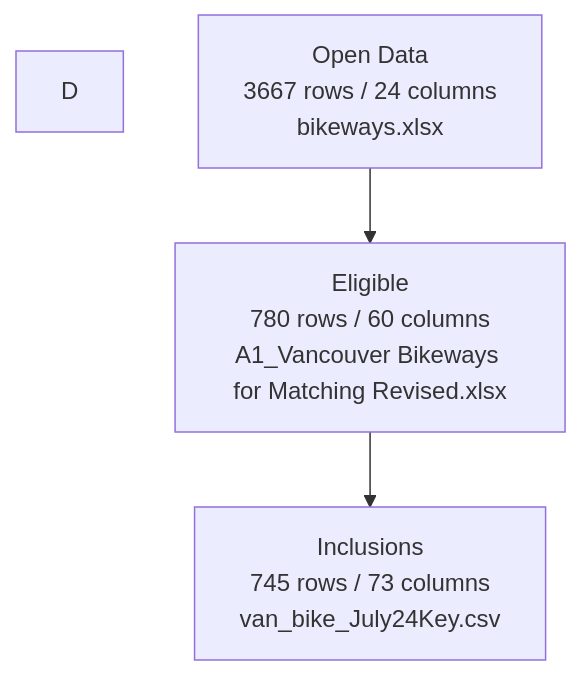
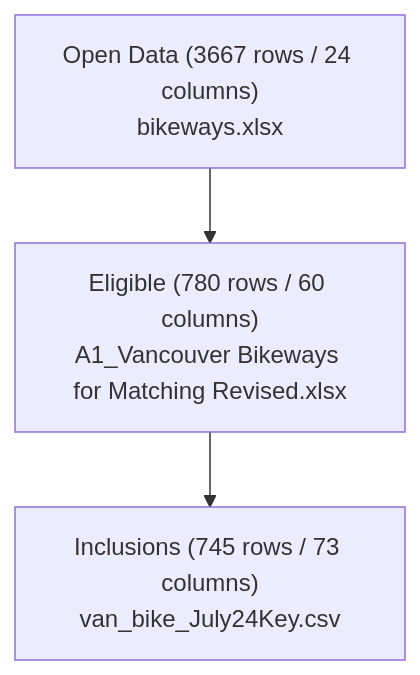
Before and after one commit to rrwen/recovr-infracycle: the diagram in data/raw/vancouver/README.md, drawn with Mermaid.

Commit message:
Revise vanc raw  diagram data

````diff
--- a/data/raw/vancouver/README.md
+++ b/data/raw/vancouver/README.md
@@ -16,10 +16,9 @@
 ```mermaid
 graph TD
-style D text-align:left
 
-city["Open Data<br>3667 rows / 24 columns<br>bikeways.xlsx"]
-entry["Eligible<br>780 rows / 60 columns<br>A1_Vancouver Bikeways for Matching Revised.xlsx"]
-processed["Inclusions<br>745 rows / 73 columns<br>van_bike_July24Key.csv"]
+city["Open Data (3667 rows / 24 columns)<br>bikeways.xlsx"]
+entry["Eligible (780 rows / 60 columns)<br>A1_Vancouver Bikeways for Matching Revised.xlsx"]
+processed["Inclusions (745 rows / 73 columns)<br>van_bike_July24Key.csv"]
 
 city --> entry --> processed
 ```
````
